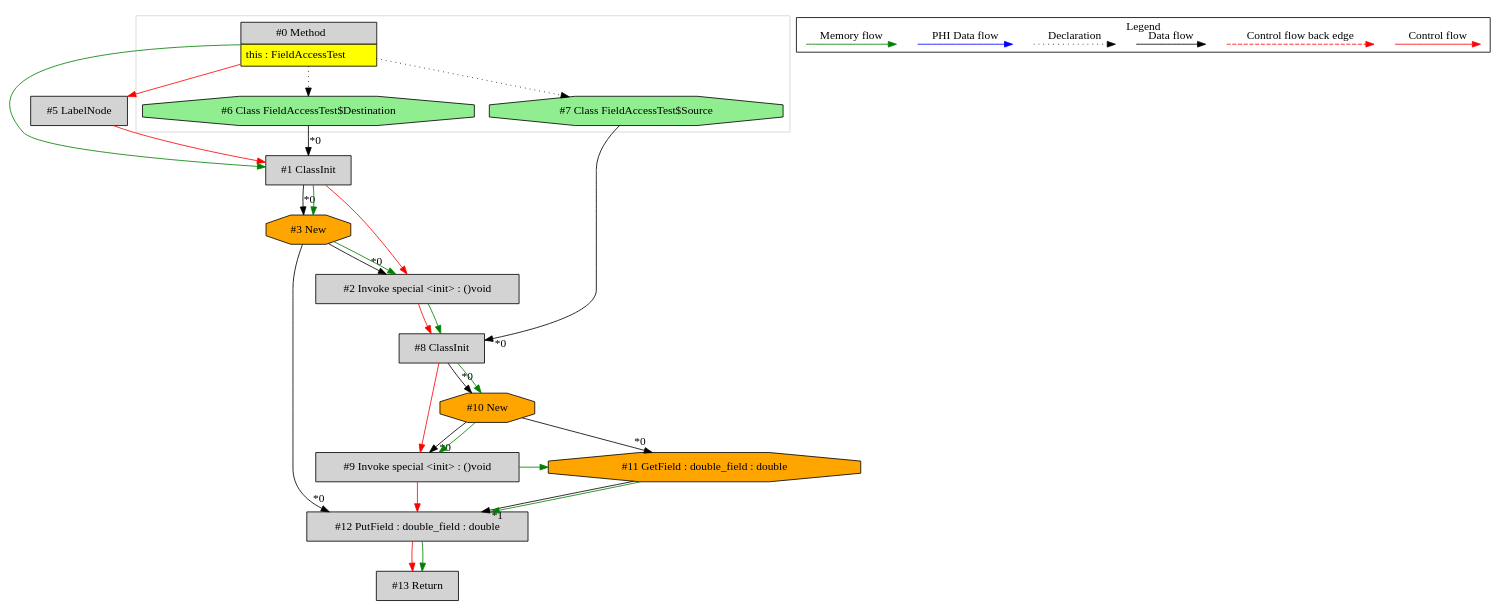
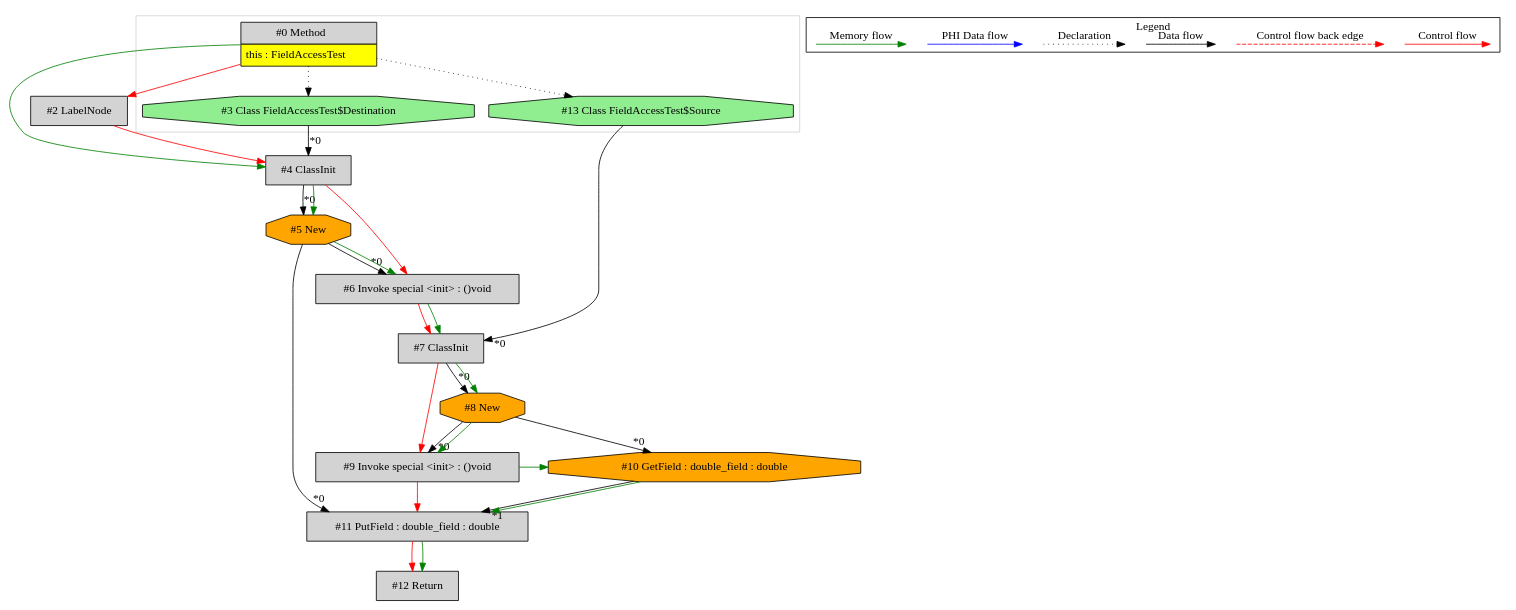
Before and after one commit to mirkosertic/MetaIR: the diagram in de.mirkosertic.metair.ir.examples.FieldAccessTest/copy_double/ir.dot, drawn with Graphviz. The commit also changed 883 other files, not shown here.

```diff
--- a/de.mirkosertic.metair.ir.examples.FieldAccessTest/copy_double/ir.dot
+++ b/de.mirkosertic.metair.ir.examples.FieldAccessTest/copy_double/ir.dot
@@ -1,75 +1,75 @@
 digraph {
  ordering="in";
- node0[margin="0", label=<<table border="0" cellborder="1" cellspacing="0" cellpadding="5"><tr><td colspan="1">#0 Method</td></tr><tr><td port="prj4" bgcolor="yellow">this : FieldAccessTest</td></tr></table>>,shape=none, fillcolor=lightgrey, style=filled];
- node7[label="#7 Class FieldAccessTest$Source",shape=octagon, fillcolor=lightgreen, style=filled];
- node0 -> node7[style=dotted];
- node8[label="#8 ClassInit",shape=box, fillcolor=lightgrey, style=filled];
+ node0[margin="0", label=<<table border="0" cellborder="1" cellspacing="0" cellpadding="5"><tr><td colspan="1">#0 Method</td></tr><tr><td port="prj1" bgcolor="yellow">this : FieldAccessTest</td></tr></table>>,shape=none, fillcolor=lightgrey, style=filled];
+ node13[label="#13 Class FieldAccessTest$Source",shape=octagon, fillcolor=lightgreen, style=filled];
+ node0 -> node13[style=dotted];
+ node7[label="#7 ClassInit",shape=box, fillcolor=lightgrey, style=filled];
+ node13 -> node7[headlabel="*0", labeldistance=2];
+ node6 -> node7[labeldistance=2, color=red, fontcolor=red];
+ node6 -> node7[labeldistance=2, color=green, constraint=false];
+ node6[label="#6 Invoke special <init> : ()void",shape=box, fillcolor=lightgrey, style=filled];
+ node5 -> node6[headlabel="*0", labeldistance=2];
+ node4 -> node6[labeldistance=2, color=red, fontcolor=red];
+ node5 -> node6[labeldistance=2, color=green, constraint=false];
+ node5[label="#5 New",shape=octagon, fillcolor=orange, style=filled];
+ node4 -> node5[headlabel="*0", labeldistance=2];
+ node4 -> node5[labeldistance=2, color=green, constraint=false];
+ node4[label="#4 ClassInit",shape=box, fillcolor=lightgrey, style=filled];
+ node3 -> node4[headlabel="*0", labeldistance=2];
+ node2 -> node4[labeldistance=2, color=red, fontcolor=red];
+ node0 -> node4[labeldistance=2, color=green, constraint=false];
+ node2[label="#2 LabelNode",shape=box, fillcolor=lightgrey, style=filled];
+ node0 -> node2[labeldistance=2, color=red, fontcolor=red];
+ node3[label="#3 Class FieldAccessTest$Destination",shape=octagon, fillcolor=lightgreen, style=filled];
+ node0 -> node3[style=dotted];
+ node11[label="#11 PutField : double_field : double",shape=box, fillcolor=lightgrey, style=filled];
+ node5 -> node11[headlabel="*0", labeldistance=2];
+ node10 -> node11[headlabel="*1", labeldistance=2];
+ node10 -> node11[labeldistance=2, color=green, constraint=false];
+ node9 -> node11[labeldistance=2, color=red, fontcolor=red];
+ node9[label="#9 Invoke special <init> : ()void",shape=box, fillcolor=lightgrey, style=filled];
+ node8 -> node9[headlabel="*0", labeldistance=2];
+ node7 -> node9[labeldistance=2, color=red, fontcolor=red];
+ node8 -> node9[labeldistance=2, color=green, constraint=false];
+ node8[label="#8 New",shape=octagon, fillcolor=orange, style=filled];
  node7 -> node8[headlabel="*0", labeldistance=2];
- node2 -> node8[labeldistance=2, color=red, fontcolor=red];
- node2 -> node8[labeldistance=2, color=green, constraint=false];
- node2[label="#2 Invoke special <init> : ()void",shape=box, fillcolor=lightgrey, style=filled];
- node3 -> node2[headlabel="*0", labeldistance=2];
- node1 -> node2[labeldistance=2, color=red, fontcolor=red];
- node3 -> node2[labeldistance=2, color=green, constraint=false];
- node3[label="#3 New",shape=octagon, fillcolor=orange, style=filled];
- node1 -> node3[headlabel="*0", labeldistance=2];
- node1 -> node3[labeldistance=2, color=green, constraint=false];
- node1[label="#1 ClassInit",shape=box, fillcolor=lightgrey, style=filled];
- node6 -> node1[headlabel="*0", labeldistance=2];
- node5 -> node1[labeldistance=2, color=red, fontcolor=red];
- node0 -> node1[labeldistance=2, color=green, constraint=false];
- node5[label="#5 LabelNode",shape=box, fillcolor=lightgrey, style=filled];
- node0 -> node5[labeldistance=2, color=red, fontcolor=red];
- node6[label="#6 Class FieldAccessTest$Destination",shape=octagon, fillcolor=lightgreen, style=filled];
- node0 -> node6[style=dotted];
- node12[label="#12 PutField : double_field : double",shape=box, fillcolor=lightgrey, style=filled];
- node3 -> node12[headlabel="*0", labeldistance=2];
- node11 -> node12[headlabel="*1", labeldistance=2];
+ node7 -> node8[labeldistance=2, color=green, constraint=false];
+ node10[label="#10 GetField : double_field : double",shape=octagon, fillcolor=orange, style=filled];
+ node8 -> node10[headlabel="*0", labeldistance=2];
+ node9 -> node10[labeldistance=2, color=green, constraint=false];
+ node12[label="#12 Return",shape=box, fillcolor=lightgrey, style=filled];
+ node11 -> node12[labeldistance=2, color=red, fontcolor=red];
  node11 -> node12[labeldistance=2, color=green, constraint=false];
- node9 -> node12[labeldistance=2, color=red, fontcolor=red];
- node9[label="#9 Invoke special <init> : ()void",shape=box, fillcolor=lightgrey, style=filled];
- node10 -> node9[headlabel="*0", labeldistance=2];
- node8 -> node9[labeldistance=2, color=red, fontcolor=red];
- node10 -> node9[labeldistance=2, color=green, constraint=false];
- node10[label="#10 New",shape=octagon, fillcolor=orange, style=filled];
- node8 -> node10[headlabel="*0", labeldistance=2];
- node8 -> node10[labeldistance=2, color=green, constraint=false];
- node11[label="#11 GetField : double_field : double",shape=octagon, fillcolor=orange, style=filled];
- node10 -> node11[headlabel="*0", labeldistance=2];
- node9 -> node11[labeldistance=2, color=green, constraint=false];
- node13[label="#13 Return",shape=box, fillcolor=lightgrey, style=filled];
- node12 -> node13[labeldistance=2, color=red, fontcolor=red];
- node12 -> node13[labeldistance=2, color=green, constraint=false];
  subgraph cluster_0 {
   color=lightgray;
   node0;
-  node6;
-  node7;
+  node3;
+  node13;
  }
  subgraph cluster_000 {
   label = "Legend";
   node [shape=point]
   {
    rank=same;
    c0 [style = invis];
    c1 [style = invis];
    c2 [style = invis];
    c3 [style = invis];
    d0 [style = invis];
    d1 [style = invis];
    d2 [style = invis];
    d3 [style = invis];
    d4 [style = invis];
    d5 [style = invis];
    d6 [style = invis];
    d7 [style = invis];
   }
   c0 -> c1 [label="Control flow", style=solid, color=red]
   c2 -> c3 [label="Control flow back edge", style=dashed, color=red]
   d0 -> d1 [label="Data flow"]
   d2 -> d3 [label="Declaration", style=dotted]
   d4 -> d5 [label="PHI Data flow", color=blue]
   d6 -> d7 [label="Memory flow", color=green]
  }
 
 }
```
